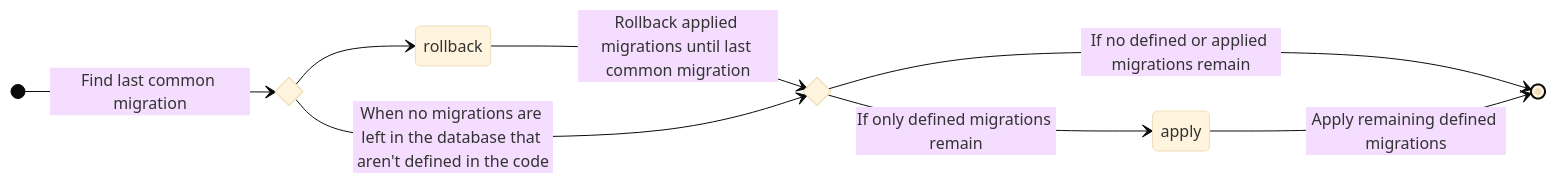
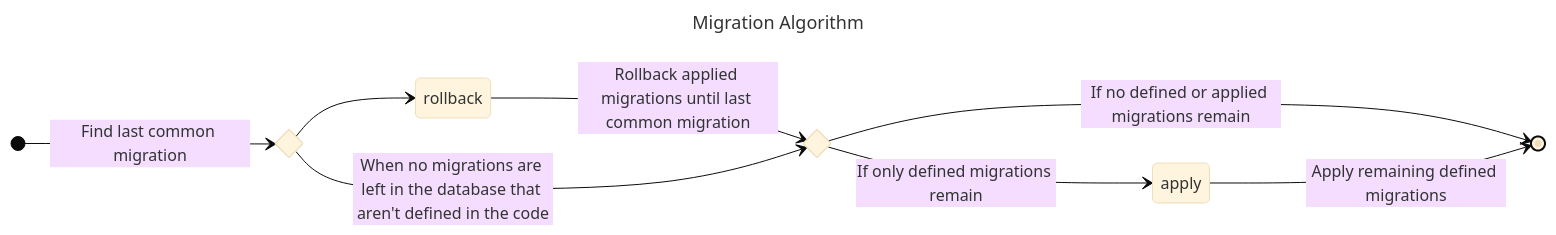
The first of 7 diagrams in README.md (benthillerkus/db_migrations_with_multiverse_time_travel), drawn with Mermaid (base theme) before and after one commit. The commit also changed other lines of this file, not shown here.

````diff
--- a/README.md
+++ b/README.md
@@ -51,13 +51,16 @@
 ```mermaid
+---
+title: Migration Algorithm
+---
 stateDiagram-v2
   direction LR
   state lcm <<choice>>
   state end <<choice>>
   [*] --> lcm: Find last common migration
   lcm --> rollback
   rollback --> end: Rollback applied migrations until last common migration
   lcm --> end: When no migrations are left in the database that aren't defined in the code
   end --> [*]: If no defined or applied migrations remain
   end --> apply: If only defined migrations remain
   apply --> [*]: Apply remaining defined migrations
 ```
````
